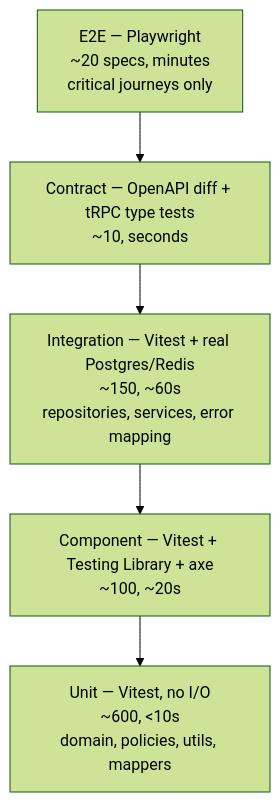
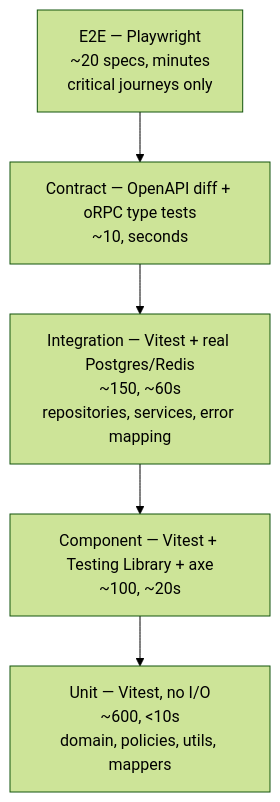
Before and after one commit to jleveneur/nextjs-boilerplate: the diagram in docs/architecture/10-testing.md, drawn with Mermaid (forest theme). The commit also changed other lines of this file and 71 other files, not shown here.

````diff
--- a/docs/architecture/10-testing.md
+++ b/docs/architecture/10-testing.md
@@ -54,10 +54,10 @@
 ```mermaid
 flowchart TB
     E2E["E2E — Playwright<br/>~20 specs, minutes<br/>critical journeys only"]
-    CONTRACT["Contract — OpenAPI diff + tRPC type tests<br/>~10, seconds"]
+    CONTRACT["Contract — OpenAPI diff + oRPC type tests<br/>~10, seconds"]
     INT["Integration — Vitest + real Postgres/Redis<br/>~150, ~60s<br/>repositories, services, error mapping"]
     COMP["Component — Vitest + Testing Library + axe<br/>~100, ~20s"]
     UNIT["Unit — Vitest, no I/O<br/>~600, <10s<br/>domain, policies, utils, mappers"]
 
     E2E --> CONTRACT --> INT --> COMP --> UNIT
 ```
````
